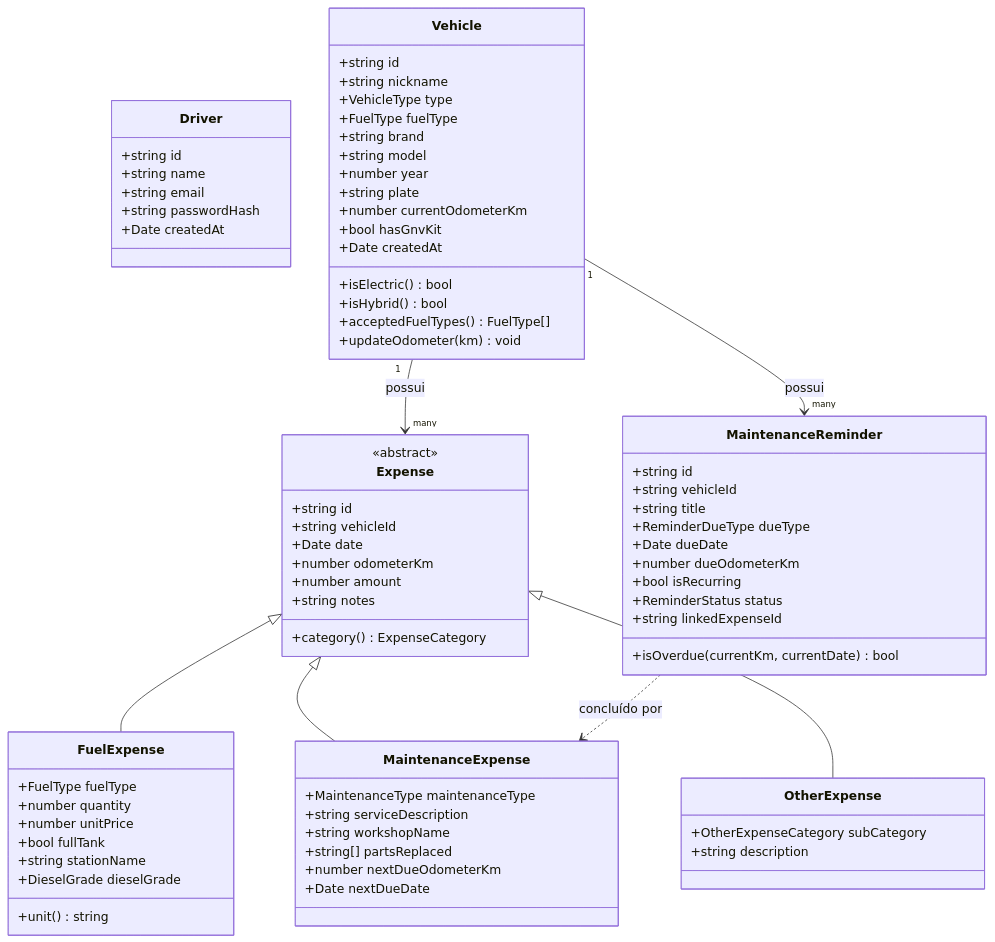
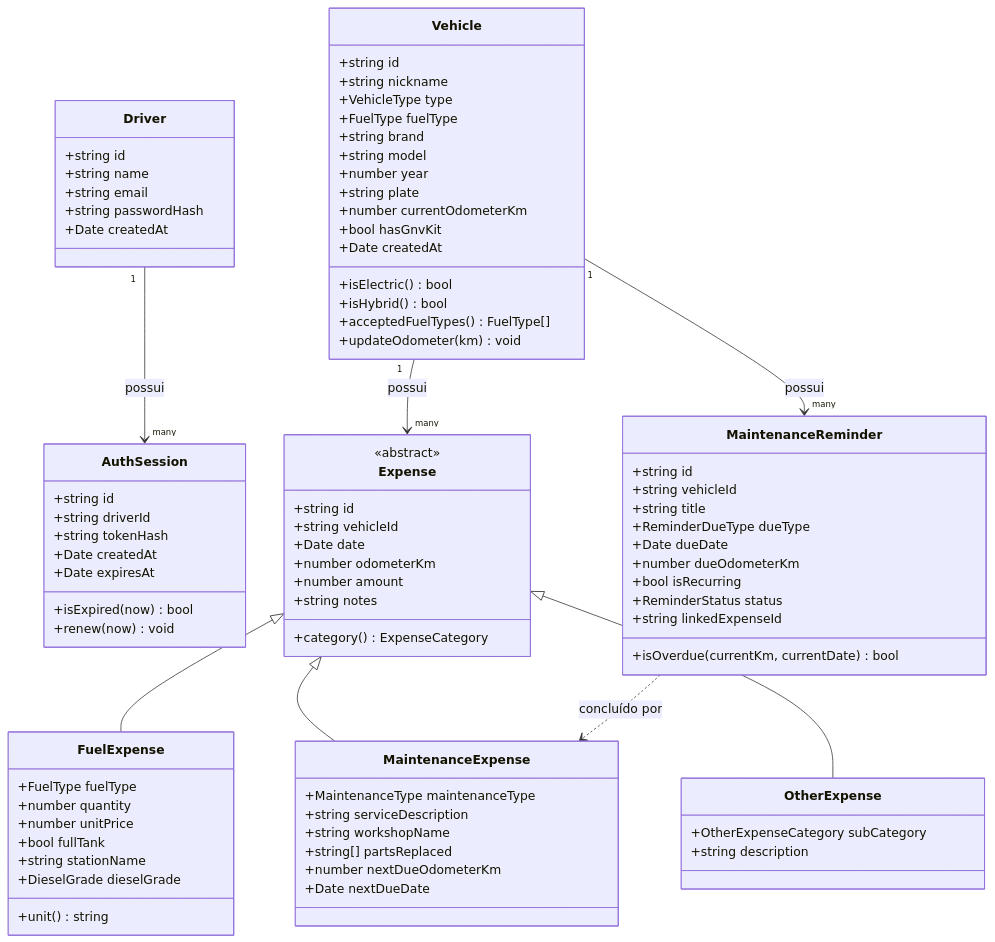
One commit to NicolasDamasceno/Auto-Mobile changed the diagram in docs/DOMAIN_MODEL.md. Above: the diagram before and after it, drawn with Mermaid. The commit also changed other lines of this file and 9 other files, not shown here.

```diff
--- a/docs/DOMAIN_MODEL.md
+++ b/docs/DOMAIN_MODEL.md
@@ -11,6 +11,18 @@
         +string passwordHash
         +Date createdAt
     }
+
+    class AuthSession {
+        +string id
+        +string driverId
+        +string tokenHash
+        +Date createdAt
+        +Date expiresAt
+        +isExpired(now) bool
+        +renew(now) void
+    }
+
+    Driver "1" --> "many" AuthSession : possui
 
     class Vehicle {
         +string id
```
